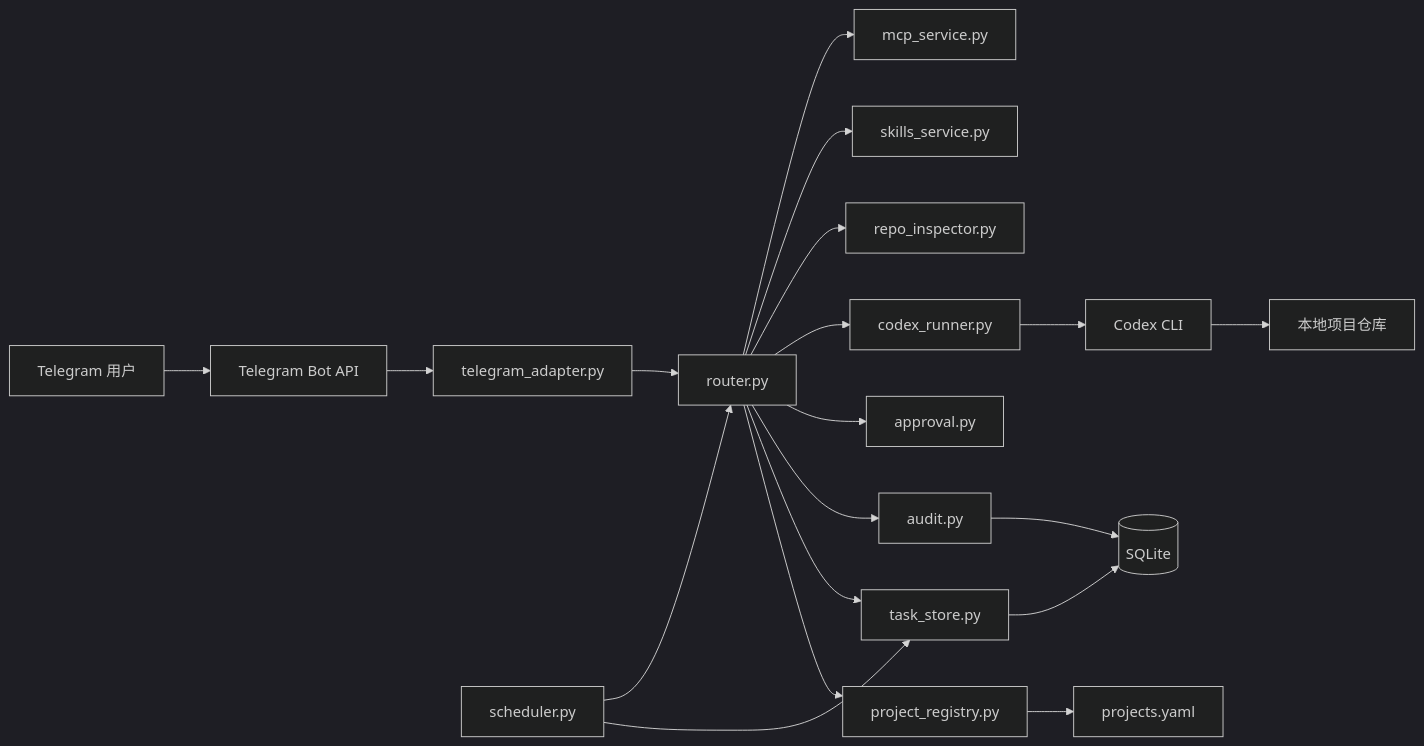
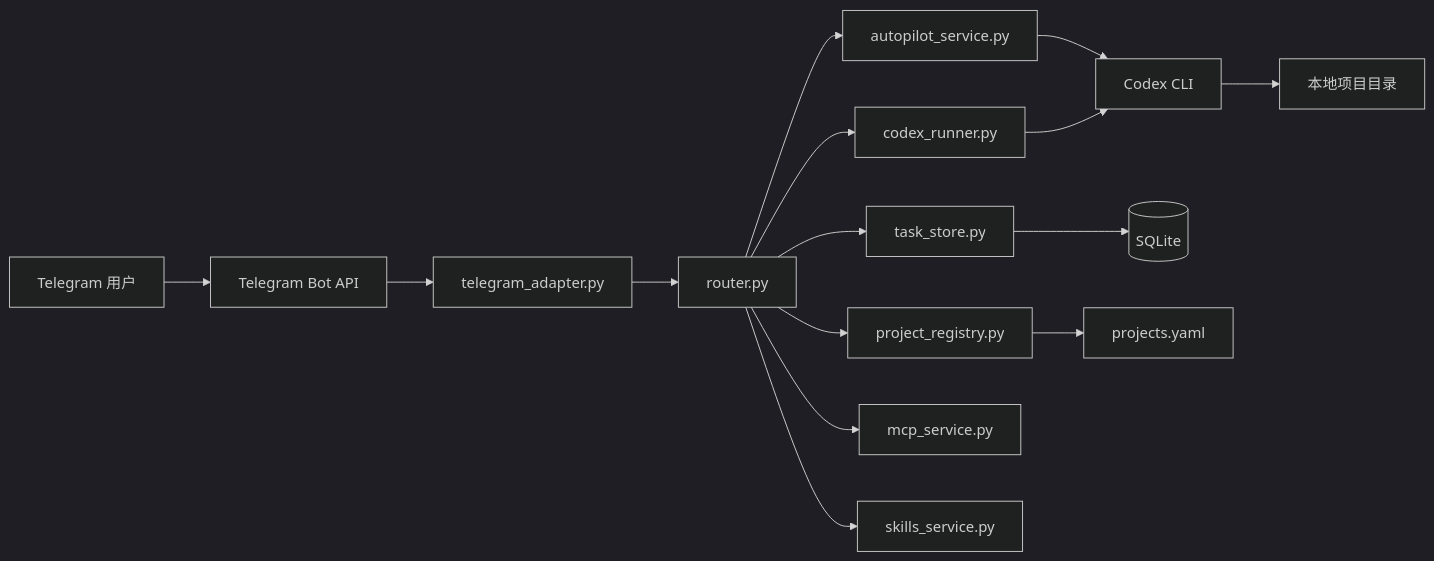
The second of 2 diagrams in README_CN.md (Re13orn/openfish), drawn with Mermaid (dark theme) before and after one commit. The commit also changed other lines of this file and 1 other file, not shown here.

````diff
--- a/README_CN.md
+++ b/README_CN.md
@@ -225,25 +226,20 @@
 ```mermaid
 flowchart LR
     U[Telegram 用户] --> TG[Telegram Bot API]
-    TG --> A[telegram_adapter.py]
-    A --> R[router.py]
+    TG --> TA[telegram_adapter.py]
+    TA --> R[router.py]
 
     R --> PR[project_registry.py]
     R --> TS[task_store.py]
-    R --> AU[audit.py]
-    R --> AP[approval.py]
+    R --> AS[autopilot_service.py]
     R --> CR[codex_runner.py]
-    R --> RI[repo_inspector.py]
+    R --> MS[mcp_service.py]
     R --> SS[skills_service.py]
-    R --> MS[mcp_service.py]
 
-    CR --> CCLI[Codex CLI]
-    CCLI --> REPO[本地项目仓库]
+    AS --> CCLI[Codex CLI]
+    CR --> CCLI
+    CCLI --> REPO[本地项目目录]
 
     TS --> DB[(SQLite)]
-    AU --> DB
     PR --> CFG[projects.yaml]
-
-    SCH[scheduler.py] --> TS
-    SCH --> R
 ```
````
